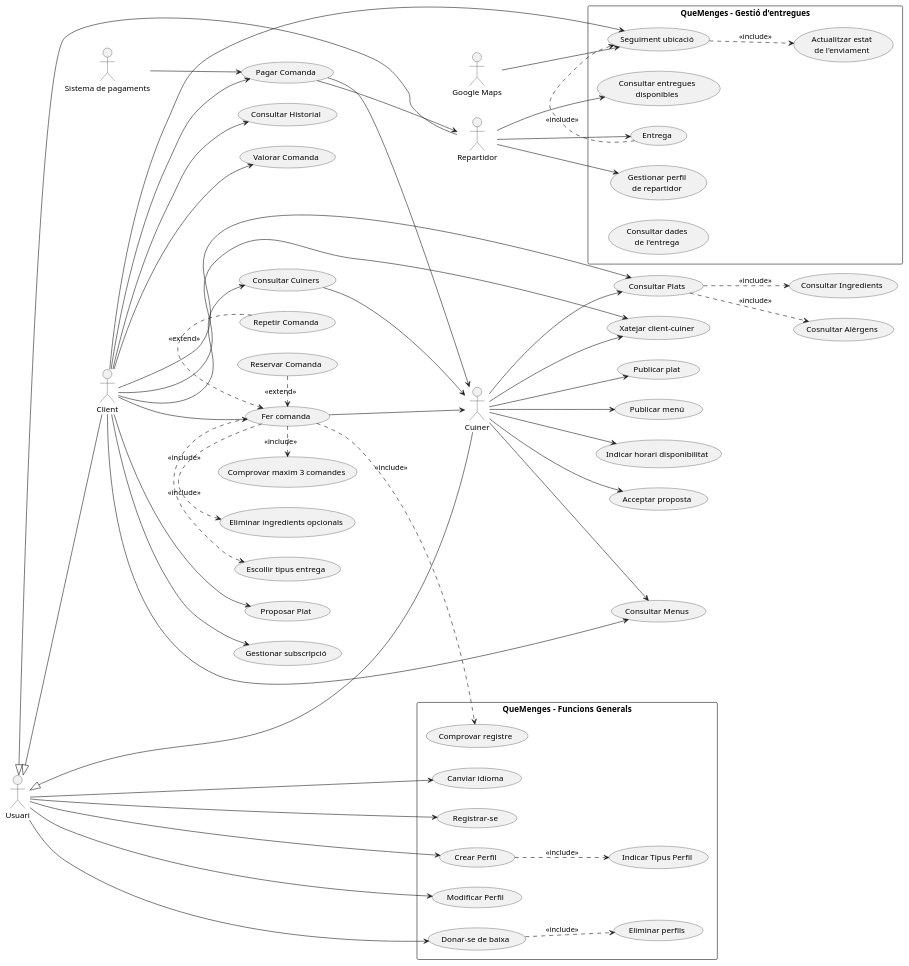
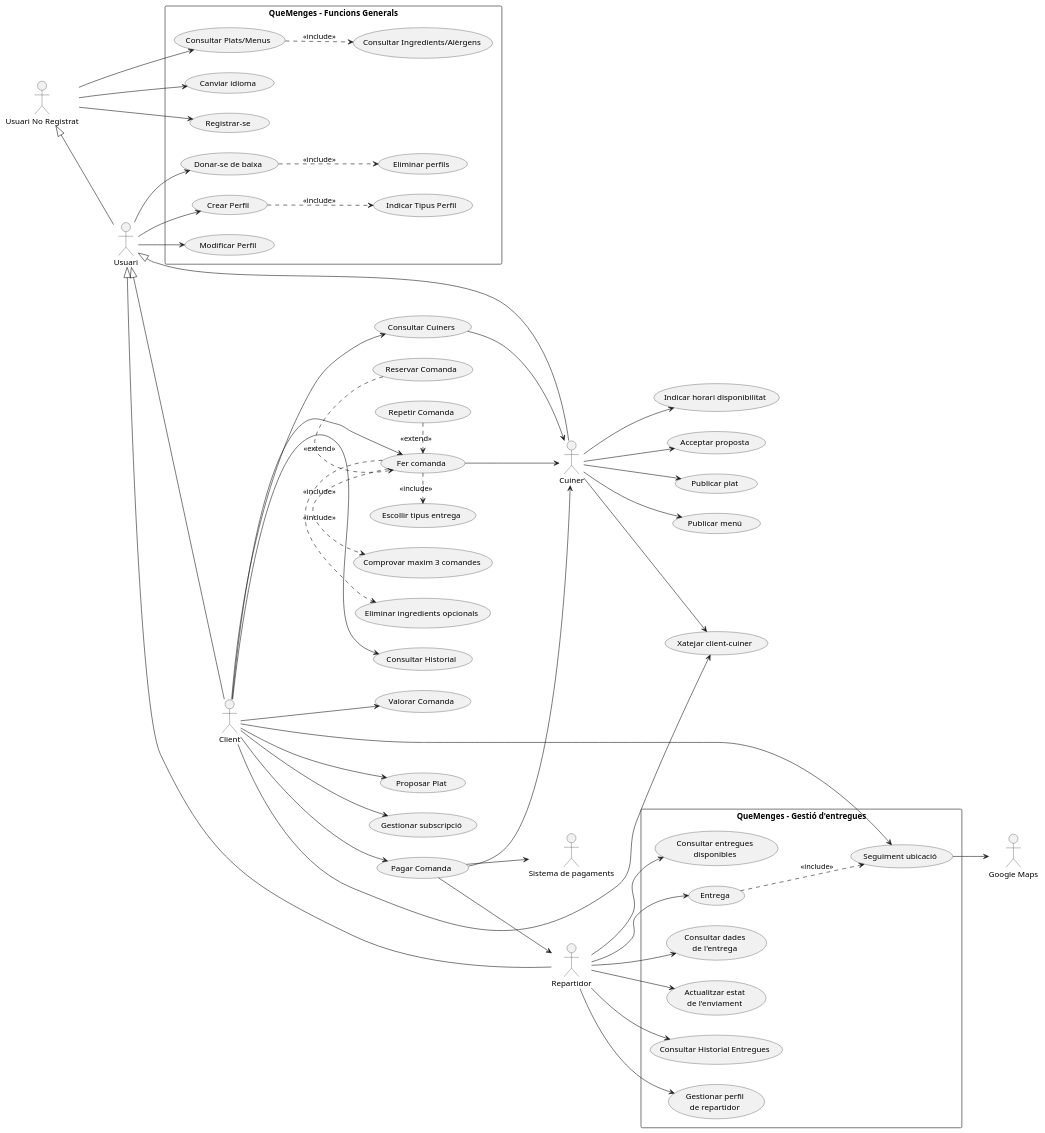
One commit to AndresVT24/ES23UAB-411-5 changed the diagram in others/sprint2/plantuml/plantumlTotal.puml. Above: the diagram before and after it, drawn with PlantUML. The commit also changed 3 other files, not shown here.

```diff
--- a/others/sprint2/plantuml/plantumlTotal.puml
+++ b/others/sprint2/plantuml/plantumlTotal.puml
@@ -1,112 +1,105 @@
 @startuml
-
 left to right direction
 
 (Publicar plat) as PP
 (Publicar menú) as PM
 (Indicar horari disponibilitat) as IHD
 (Xatejar client-cuiner) as CHA
 (Acceptar proposta) as AP
 
 
 Cuiner --> PP
 Cuiner --> PM
 Cuiner --> IHD
 Cuiner --> CHA
 Cuiner --> AP
 
-
-(Consultar Menus) as CM
-(Consultar Plats) as CPL
-(Consultar Ingredients) as CIN
-(Cosnultar Alèrgens) as CAL
 (Consultar Cuiners) as CC
 (Fer comanda) as FC
 (Eliminar ingredients opcionals) as EIO
 (Comprovar maxim 3 comandes) as CM3
 (Reservar Comanda) as REC
 (Pagar Comanda) as PG
 (Escollir tipus entrega) as ETE
 (Consultar Historial) as CHI
 (Repetir Comanda) as RCO
 (Valorar Comanda) as VC
 (Proposar Plat) as PRP
 (Gestionar subscripció) as GSU
 
-Client --> CPL
-Client --> CM
-Cuiner --> CM
-Cuiner --> CPL
 Client --> CC
 Client --> FC
 CC --> Cuiner
 FC --> Cuiner
 Client --> PG
 PG --> Cuiner
 Client --> CHI
 Client --> VC
 Client --> PRP
 Client --> CHA
 Client --> GSU
 
-
-CPL ..> CIN : <<include>>
-CPL ..> CAL : <<include>>
 FC .> EIO : <<include>>
 FC .> CM3 : <<include>>
 REC .> FC : <<extend>>
 RCO .> FC : <<extend>>
 FC .> ETE : <<include>>
 
 actor "Repartidor" as Repartidor
 actor "Google Maps" as Maps
 actor "Sistema de pagaments" as Pagaments
 
 rectangle "QueMenges - Gestió d'entregues" {
-
   usecase "Gestionar perfil\nde repartidor" as UC_Perfil
   usecase "Consultar entregues\ndisponibles" as UC_Consultar
   usecase "Entrega" as UC_Entrega
   usecase "Consultar dades\nde l'entrega" as UC_Dades
   usecase "Actualitzar estat\nde l'enviament" as UC_Estat
   usecase "Seguiment ubicació" as UC_Ubicacio
+  usecase "Consultar Historial Entregues" as UC_Historial
 }
 
 Repartidor --> UC_Perfil
 Repartidor --> UC_Consultar
 Repartidor --> UC_Entrega
+Repartidor --> UC_Dades
 Client --> UC_Ubicacio
-PG -->Repartidor
-UC_Ubicacio ..> UC_Estat : <<include>>
-UC_Entrega .> UC_Ubicacio : <<include>>
+PG --> Repartidor
+Repartidor --> UC_Historial
+Repartidor --> UC_Estat
+UC_Entrega ..> UC_Ubicacio : <<include>>
 
-Maps --> UC_Ubicacio
-Pagaments --> PG
+UC_Ubicacio --> Maps
+PG --> Pagaments
 
 rectangle "QueMenges -  Funcions Generals" {
+  (Registrar-se) as RS
+  (Crear Perfil) as CP
+  (Indicar Tipus Perfil) as ITP
+  (Modificar Perfil) as MP
+  (Donar-se de baixa) as DB
+  (Eliminar perfils) as EP
+  (Canviar idioma) as CI
+  (Consultar Plats/Menus) as CPLM
+  (Consultar Ingredients/Alèrgens) as CIA
+}
 
-(Registrar-se) as RS
-(Comprovar registre) as CR
-(Crear Perfil) as CP
-(Indicar Tipus Perfil) as ITP
-(Modificar Perfil) as MP
-(Donar-se de baixa) as DB
-(Eliminar perfils) as EP
-(Canviar idioma) as CI
+actor "Usuari No Registrat" as UsuariNR
 
-}
-Usuari --> RS
 Usuari --> CP
 Usuari --> MP
-Usuari --> CI
-
 Usuari --> DB
 
-FC ..> CR : <<include>>
 CP ..> ITP : <<include>>
 DB ..> EP : <<include>>
 
 Usuari <|-- Cuiner
 Usuari <|-- Client
 Usuari <|-- Repartidor
+UsuariNR <|-- Usuari
+CPLM ..> CIA : <<include>>
+
+UsuariNR --> CI
+UsuariNR --> RS
+UsuariNR --> CPLM
 @enduml
```
